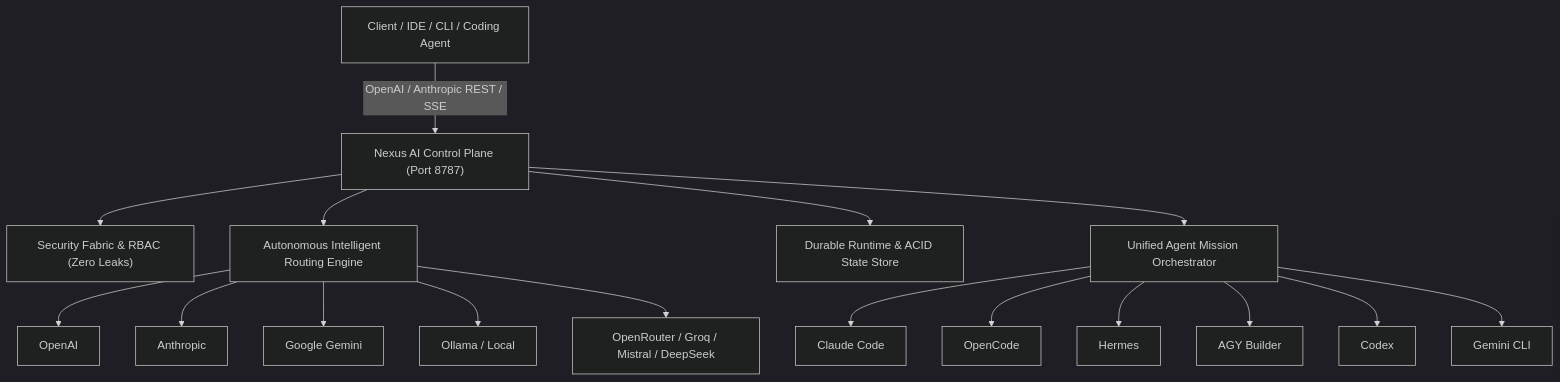
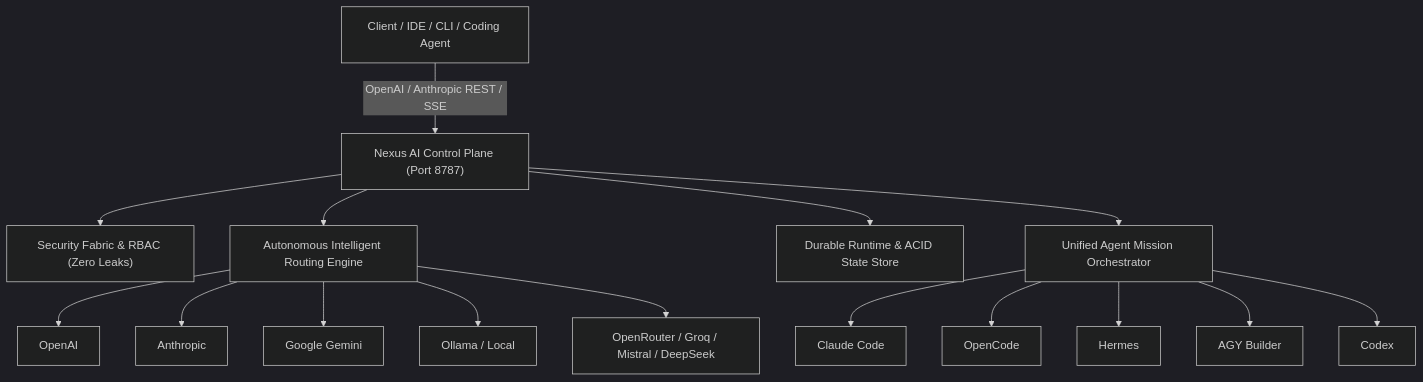
The diagram in docs/wiki/01-introduction-and-overview.md (rachidSabah/Nexus), drawn with Mermaid (dark theme) before and after one commit. The commit also changed other lines of this file and 16 other files, not shown here.

````diff
--- a/docs/wiki/01-introduction-and-overview.md
+++ b/docs/wiki/01-introduction-and-overview.md
@@ -13,21 +13,20 @@
 ```mermaid
 graph TD
     Client["Client / IDE / CLI / Coding Agent"] -->|OpenAI / Anthropic REST / SSE| GW["Nexus AI Control Plane (Port 8787)"]
     GW --> Security["Security Fabric & RBAC (Zero Leaks)"]
     GW --> Routing["Autonomous Intelligent Routing Engine"]
     GW --> Persistence["Durable Runtime & ACID State Store"]
     GW --> Orchestrator["Unified Agent Mission Orchestrator"]
     
     Routing --> P1["OpenAI"]
     Routing --> P2["Anthropic"]
     Routing --> P3["Google Gemini"]
     Routing --> P4["Ollama / Local"]
     Routing --> P5["OpenRouter / Groq / Mistral / DeepSeek"]
     
     Orchestrator --> A1["Claude Code"]
     Orchestrator --> A2["OpenCode"]
     Orchestrator --> A3["Hermes"]
     Orchestrator --> A4["AGY Builder"]
     Orchestrator --> A5["Codex"]
-    Orchestrator --> A6["Gemini CLI"]
 ```
````
